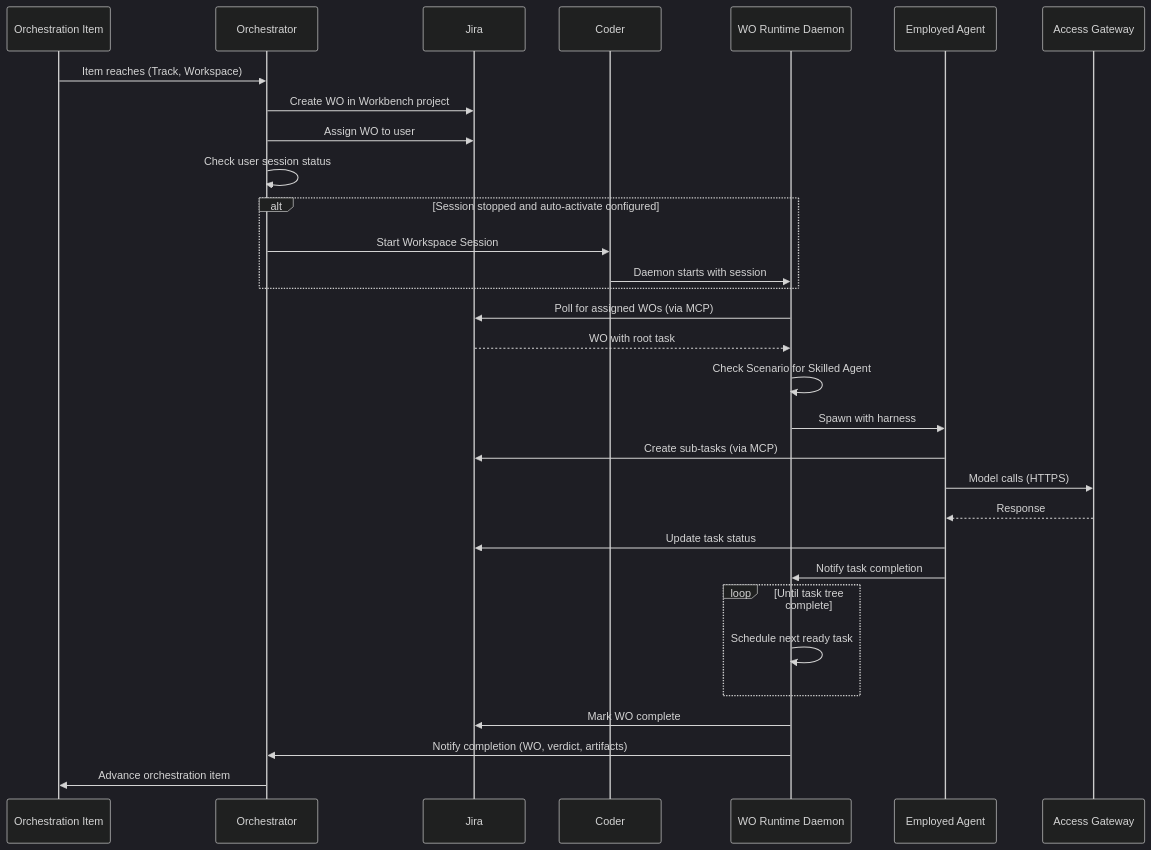
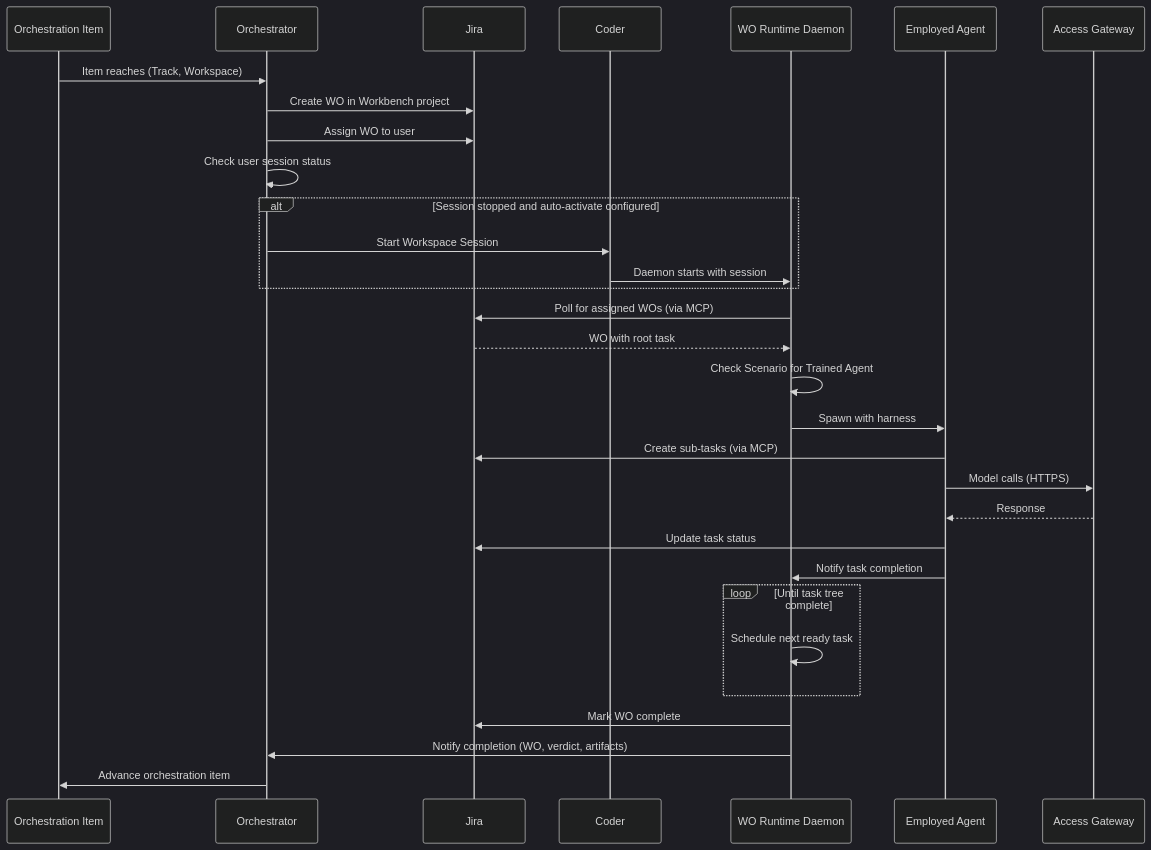
One commit to gramki/temp-website changed the diagram in foundry/foundry-platform/work-order-runtime/user-guide/work-order-lifecycle.md. Above: the diagram before and after it, drawn with Mermaid (dark theme). The commit also changed other lines of this file and 54 other files, not shown here.

````diff
--- a/foundry/foundry-platform/work-order-runtime/user-guide/work-order-lifecycle.md
+++ b/foundry/foundry-platform/work-order-runtime/user-guide/work-order-lifecycle.md
@@ -7,34 +7,34 @@
 ```mermaid
 sequenceDiagram
     participant OI as Orchestration Item
     participant O as Orchestrator
     participant J as Jira
     participant C as Coder
     participant WOR as WO Runtime Daemon
     participant EA as Employed Agent
     participant AG as Access Gateway
     
     OI->>O: Item reaches (Track, Workspace)
     O->>J: Create WO in Workbench project
     O->>J: Assign WO to user
     O->>O: Check user session status
     alt Session stopped and auto-activate configured
         O->>C: Start Workspace Session
         C->>WOR: Daemon starts with session
     end
     WOR->>J: Poll for assigned WOs (via MCP)
     J-->>WOR: WO with root task
-    WOR->>WOR: Check Scenario for Skilled Agent
+    WOR->>WOR: Check Scenario for Trained Agent
     WOR->>EA: Spawn with harness
     EA->>J: Create sub-tasks (via MCP)
     EA->>AG: Model calls (HTTPS)
     AG-->>EA: Response
     EA->>J: Update task status
     EA->>WOR: Notify task completion
     loop Until task tree complete
         WOR->>WOR: Schedule next ready task
     end
     WOR->>J: Mark WO complete
     WOR->>O: Notify completion (WO, verdict, artifacts)
     O->>OI: Advance orchestration item
 ```
````
